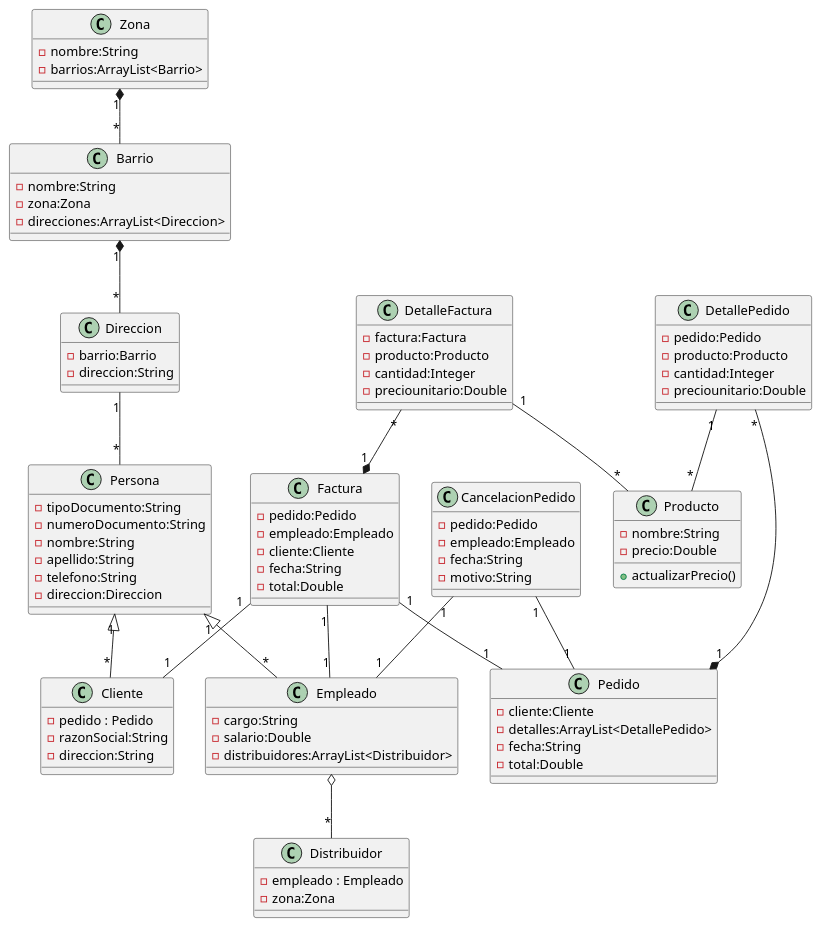
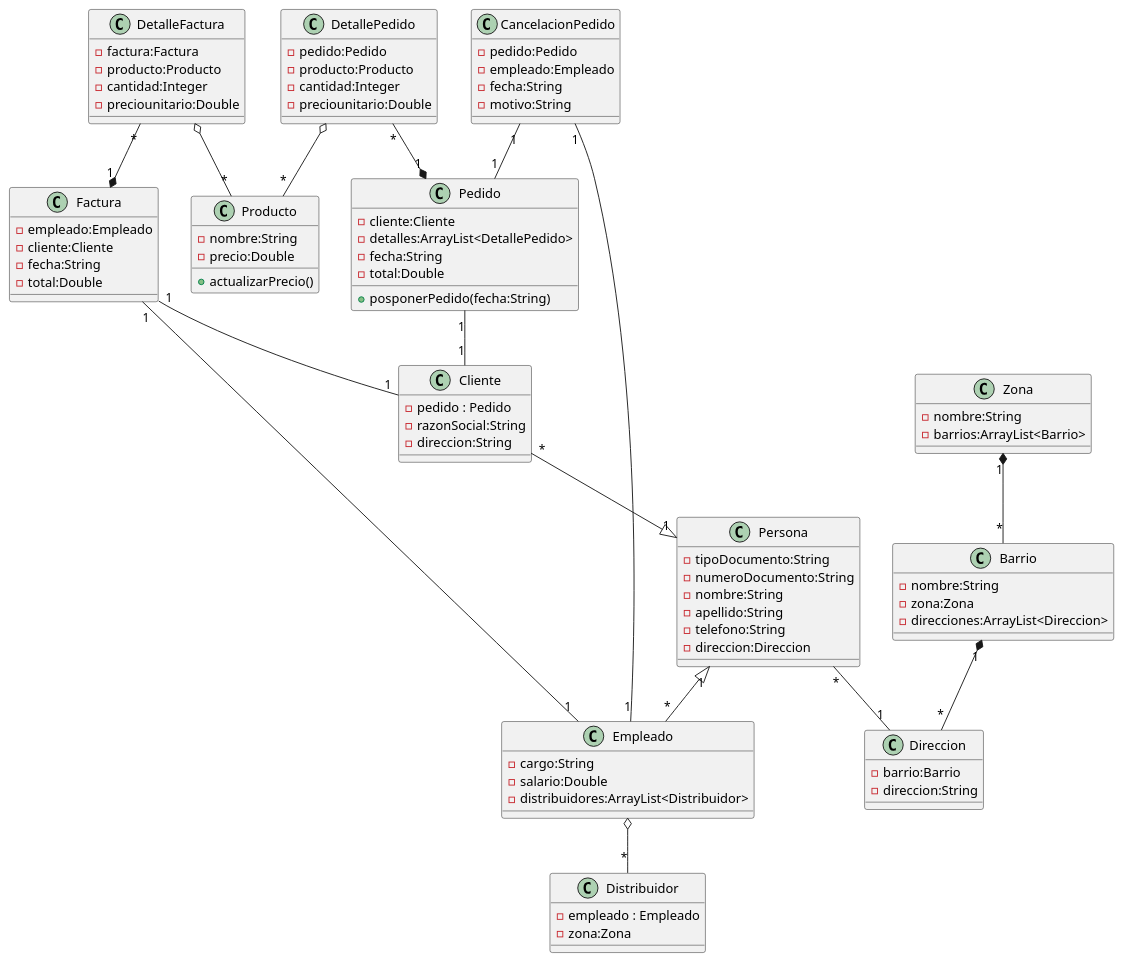
Before and after one commit to JesusOliveto/DOO: the diagram in CLASESDOO.puml, drawn with PlantUML.

Commit message:
actualizacion

```diff
--- a/CLASESDOO.puml
+++ b/CLASESDOO.puml
@@ -3,128 +3,131 @@
 @startuml Clases
 
 class Cliente{
     -pedido : Pedido
     -razonSocial:String
 	-direccion:String
 
 
 }
 
 class Persona{
 	-tipoDocumento:String
 	-numeroDocumento:String
 	-nombre:String
 	-apellido:String
 	-telefono:String
 	-direccion:Direccion
 
 }
+
 
 
 
 class Empleado{
     -cargo:String
     -salario:Double
 	-distribuidores:ArrayList<Distribuidor>
 
 }
 
 class Distribuidor{
 	-empleado : Empleado
 	-zona:Zona
 }
 
 
 class Direccion{
     -barrio:Barrio
     -direccion:String
 
 }
 
 class Barrio{
 	-nombre:String
 	-zona:Zona
 	-direcciones:ArrayList<Direccion>
 
 }
 
 class Zona{
 	-nombre:String
 	-barrios:ArrayList<Barrio>
 
 }
 
 
 class Pedido{
 	-cliente:Cliente
 	-detalles:ArrayList<DetallePedido>
 	-fecha:String
 	-total:Double
+	+posponerPedido(fecha:String)
 
 }
 
 class DetallePedido{
 	-pedido:Pedido
 	-producto:Producto
 	-cantidad:Integer
 	-preciounitario:Double
 
 }
 
 class Producto{
 	-nombre:String
 	-precio:Double
 	+actualizarPrecio()
 
 }
 
 class Factura{
-	-pedido:Pedido
+	'-pedido:Pedido
 	-empleado:Empleado
 	-cliente:Cliente
 	-fecha:String
 	-total:Double
 
 
 }
 
 class DetalleFactura{
 	-factura:Factura
 	-producto:Producto
 	-cantidad:Integer
 	-preciounitario:Double
 
 }
 
 class CancelacionPedido{
 	-pedido:Pedido
 	-empleado:Empleado
 	-fecha:String
 	-motivo:String
 
 }
 
 
 
 Persona "1"<|--"*" Empleado
 Empleado o--"*" Distribuidor
-Persona "1"<|--"*" Cliente
+Persona "1"<|-up-"*" Cliente
 Barrio "1"*--"*" Direccion
 Zona "1"*--"*" Barrio
-Direccion "1"--"*" Persona
+Direccion "1"-up-"*" Persona
+Pedido "1"--"1" Cliente
 
-DetallePedido "1"--"*" Producto
-Factura "1"--"1" Pedido
+DetallePedido o--"*" Producto
+'Factura "1"--"1" Pedido
 Factura "1"--"1" Empleado
 Factura "1"--"1" Cliente
 DetalleFactura "*"--*"1" Factura
 DetallePedido "*"--*"1" Pedido
-DetalleFactura "1"--"*" Producto
+DetalleFactura o--"*" Producto
 CancelacionPedido "1"--"1" Pedido
 CancelacionPedido "1"--"1" Empleado
 
 
 
 
 
 @enduml
```
